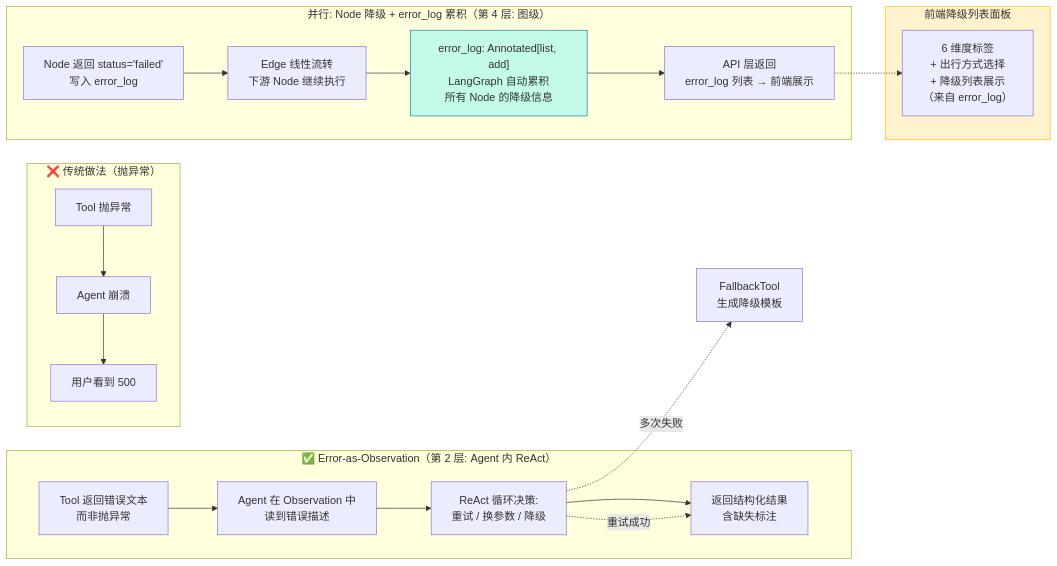
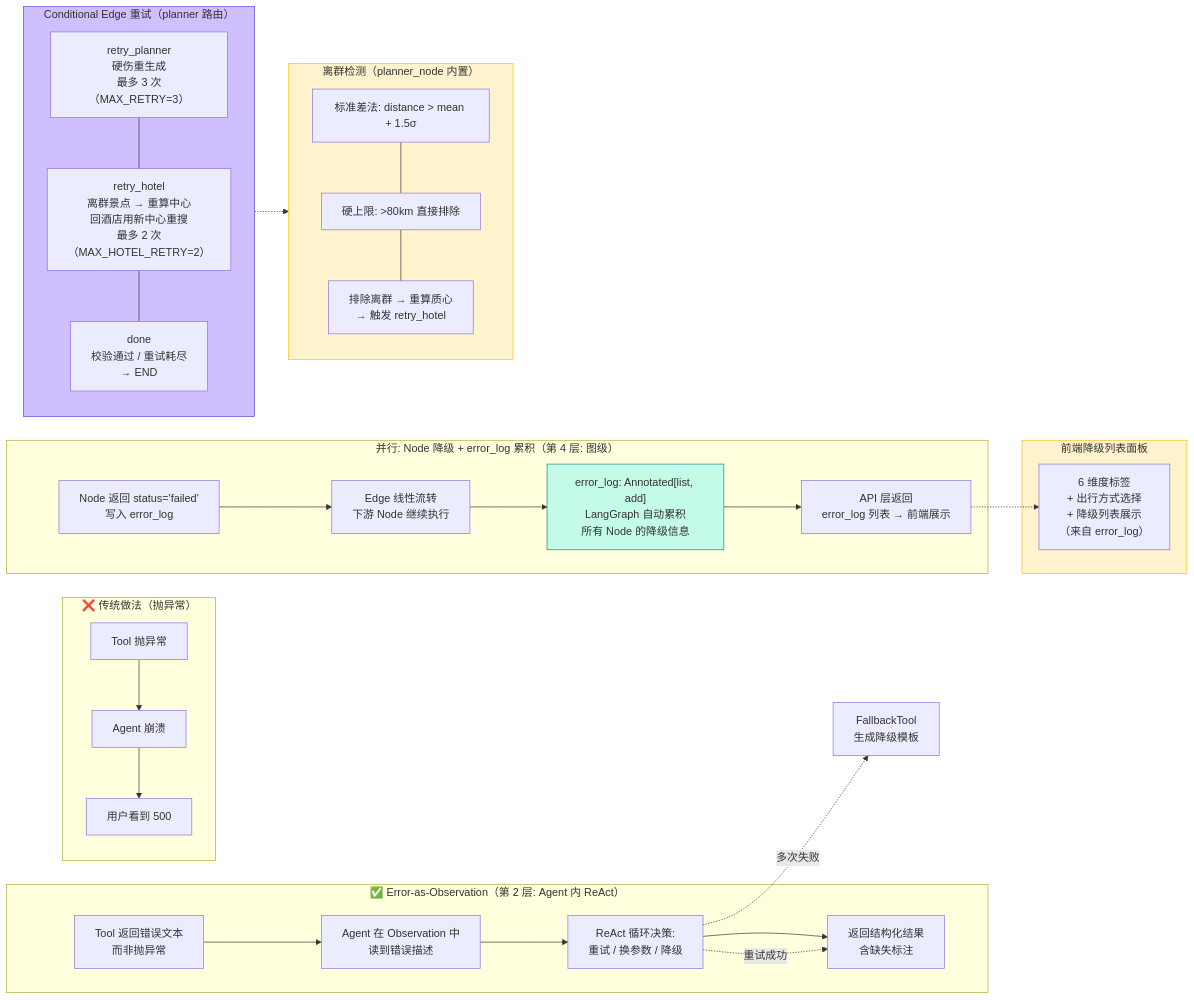
The sixth of 7 diagrams in ARCHITECTURE.md (SuperGODOG/tripplanner), drawn with Mermaid before and after one commit. The commit also changed other lines of this file and 2 other files, not shown here.

Commit message:
docs: 三文档对齐preview分支4Node+离群检测架构

````diff
--- a/ARCHITECTURE.md
+++ b/ARCHITECTURE.md
@@ -259,36 +260,55 @@
 ```mermaid
 flowchart LR
     subgraph Bad["❌ 传统做法（抛异常）"]
         ERR["Tool 抛异常"]
         CRASH["Agent 崩溃"]
         USERERR["用户看到 500"]
         ERR --> CRASH --> USERERR
     end
 
     subgraph Good["✅ Error-as-Observation（第 2 层: Agent 内 ReAct）"]
         OBS["Tool 返回错误文本<br/>而非抛异常"]
         REACT["Agent 在 Observation 中<br/>读到错误描述"]
         RETRY["ReAct 循环决策:<br/>重试 / 换参数 / 降级"]
         DONE["返回结构化结果<br/>含缺失标注"]
         OBS --> REACT --> RETRY --> DONE
     end
 
     subgraph GraphLayer["并行: Node 降级 + error_log 累积（第 4 层: 图级）"]
         GFAIL["Node 返回 status='failed'<br/>写入 error_log"]
         GEDGE["Edge 线性流转<br/>下游 Node 继续执行"]
         ACCUM["error_log: Annotated[list, add]<br/>LangGraph 自动累积<br/>所有 Node 的降级信息"]
         API_RET["API 层返回<br/>error_log 列表 → 前端展示"]
         GFAIL --> GEDGE --> ACCUM --> API_RET
     end
 
+    subgraph CondRetry["Conditional Edge 重试（planner 路由）"]
+        direction TB
+        CR1["retry_planner<br/>硬伤重生成<br/>最多 3 次（MAX_RETRY=3）"]
+        CR2["retry_hotel<br/>离群景点 → 重算中心<br/>回酒店用新中心重搜<br/>最多 2 次（MAX_HOTEL_RETRY=2）"]
+        CR3["done<br/>校验通过 / 重试耗尽<br/>→ END"]
+        CR1 --- CR2 --- CR3
+    end
+
+    subgraph OutlierDetect["离群检测（planner_node 内置）"]
+        direction TB
+        OD1["标准差法: distance > mean + 1.5σ"]
+        OD2["硬上限: >80km 直接排除"]
+        OD3["排除离群 → 重算质心<br/>→ 触发 retry_hotel"]
+        OD1 --- OD2 --- OD3
+    end
+
     subgraph FallbackPanel["前端降级列表面板"]
         FP["6 维度标签<br/>+ 出行方式选择<br/>+ 降级列表展示<br/>（来自 error_log）"]
     end
 
     RETRY -.->|"重试成功"| DONE
     RETRY -.->|"多次失败"| FB["FallbackTool<br/>生成降级模板"]
     API_RET -.-> FP
+    CondRetry -.-> OutlierDetect
 
     style ACCUM fill:#c3fae8,stroke:#0c8599
+    style CondRetry fill:#d0bfff,stroke:#6741d9
+    style OutlierDetect fill:#fff3cd,stroke:#ffc107
     style FallbackPanel fill:#fff3cd,stroke:#ffc107
 ```
````
